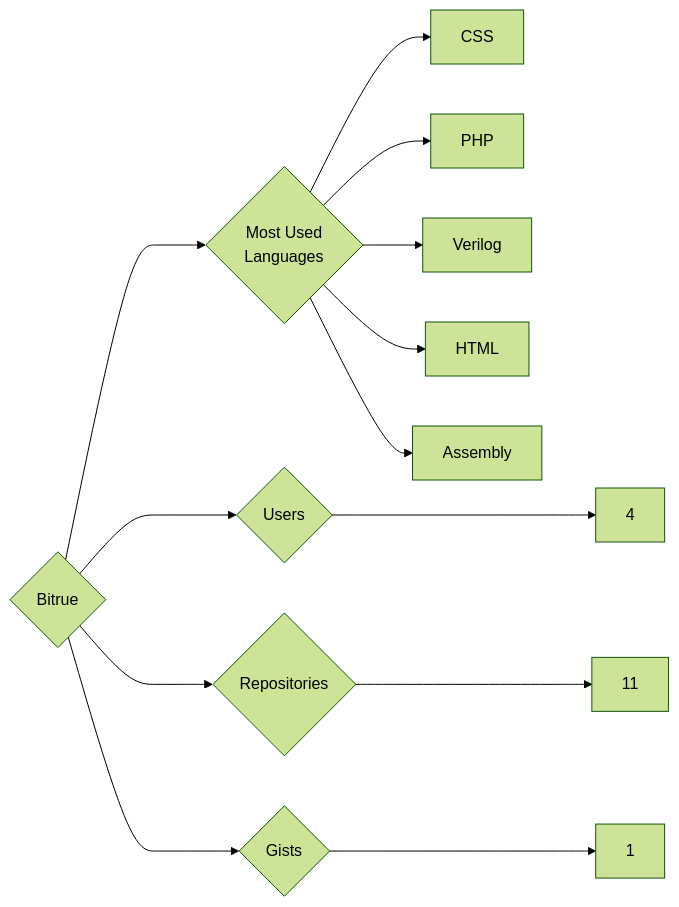
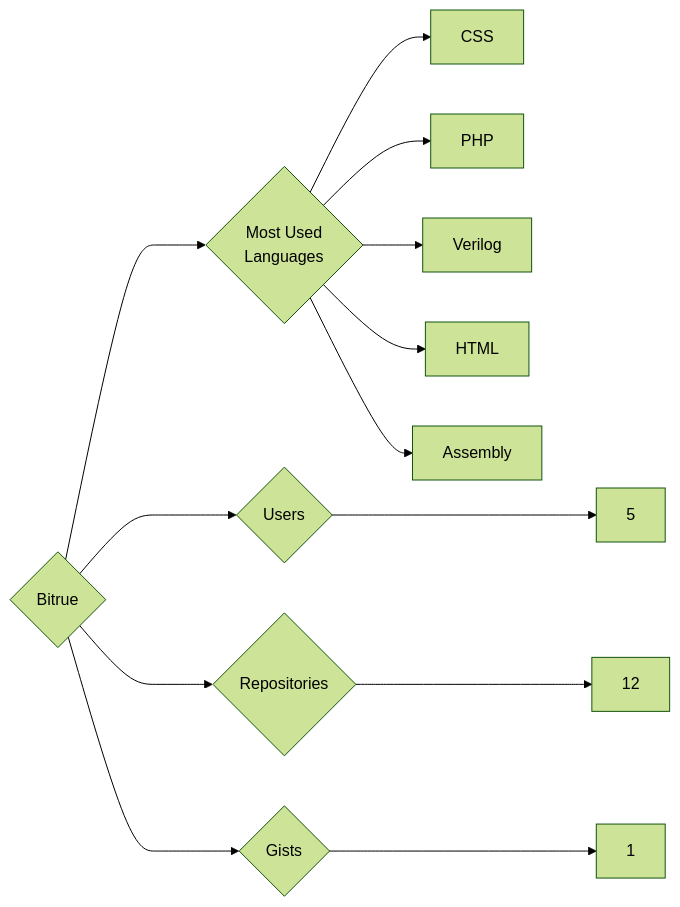
Before and after one commit to trickest/insiders: the diagram in targets/Bitrue/README.md, drawn with Mermaid (forest theme). The commit also changed 970 other files, not shown here.

````diff
--- a/targets/Bitrue/README.md
+++ b/targets/Bitrue/README.md
@@ -3,13 +3,13 @@
 ```mermaid
 graph LR
 COMPANY_NAME{Bitrue}
-COMPANY_NAME ---> U{Users} ---> UN[4]
-COMPANY_NAME ---> R{Repositories} ---> RN[11]
+COMPANY_NAME ---> U{Users} ---> UN[5]
+COMPANY_NAME ---> R{Repositories} ---> RN[12]
 COMPANY_NAME ---> G{Gists} ---> GN[1]
 COMPANY_NAME ---> ML{Most Used<br>Languages}
 ML --> CSS[CSS]
 ML --> PHP[PHP]
 ML --> Verilog[Verilog]
 ML --> HTML[HTML]
 ML --> Assembly[Assembly]
 ```
````
